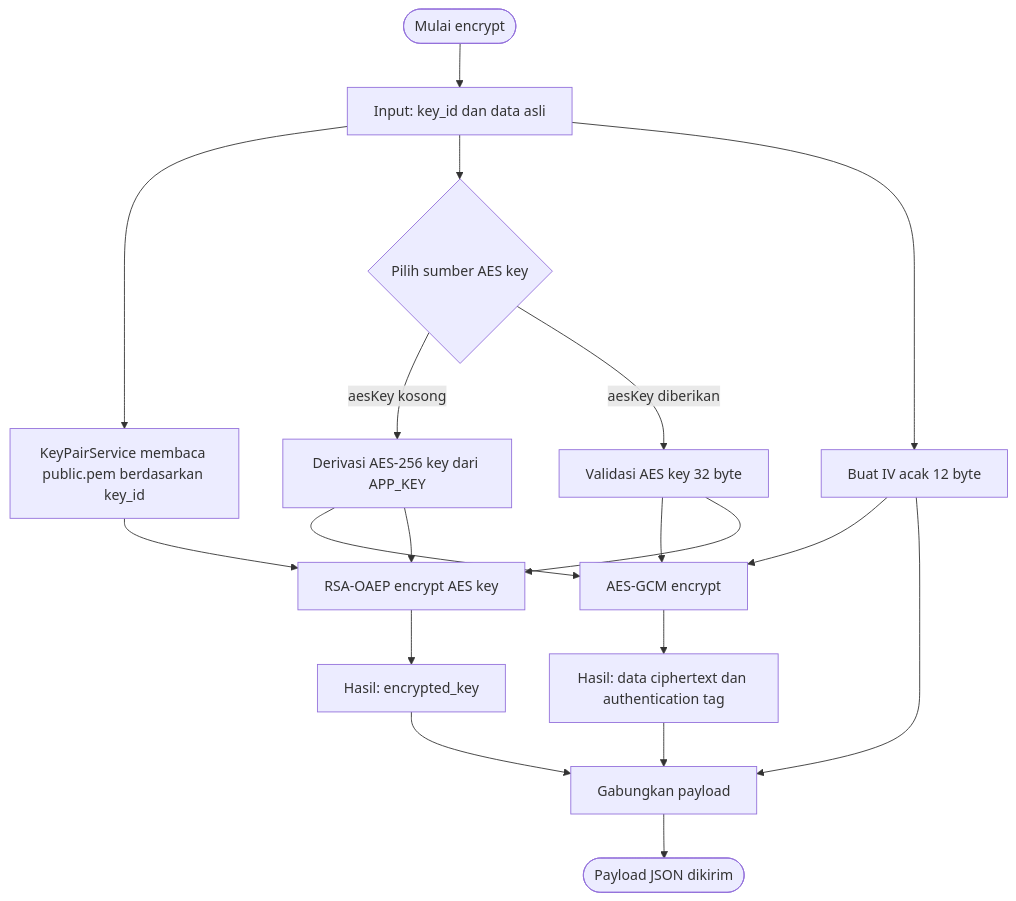
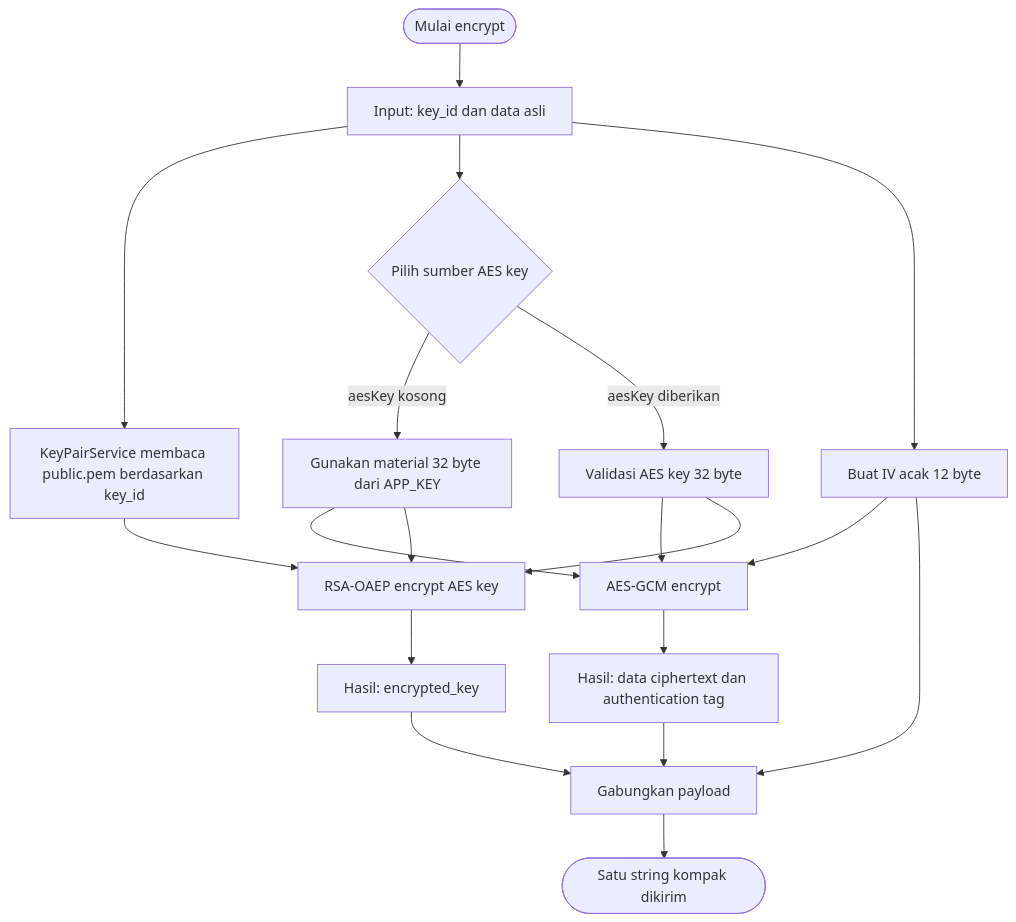
Before and after one commit to Diskominfotik-Gorontalo-Prov/hybrid-encryption: the first of 3 diagrams in README.md, drawn with Mermaid. The commit also changed other lines of this file and 3 other files, not shown here.

Commit message:
feat: ubah format payload menjadi string kompak dan perbarui dokumentasi

````diff
--- a/README.md
+++ b/README.md
@@ -9,21 +9,21 @@
 ```mermaid
 flowchart TD
     E0([Mulai encrypt]) --> E1[Input: key_id dan data asli]
     E1 --> E2[KeyPairService membaca public.pem berdasarkan key_id]
     E1 --> E3{Pilih sumber AES key}
-    E3 -->|aesKey kosong| E4[Derivasi AES-256 key dari APP_KEY]
+    E3 -->|aesKey kosong| E4[Gunakan material 32 byte dari APP_KEY]
     E3 -->|aesKey diberikan| E5[Validasi AES key 32 byte]
     E1 --> E6[Buat IV acak 12 byte]
     E4 --> E7[AES-GCM encrypt]
     E5 --> E7
     E6 --> E7
     E7 --> E8[Hasil: data ciphertext dan authentication tag]
     E2 --> E9[RSA-OAEP encrypt AES key]
     E4 --> E9
     E5 --> E9
     E9 --> E10[Hasil: encrypted_key]
     E8 --> E11[Gabungkan payload]
     E10 --> E11
     E6 --> E11
-    E11 --> E12([Payload JSON dikirim])
+    E11 --> E12([Satu string kompak dikirim])
 ```
````
